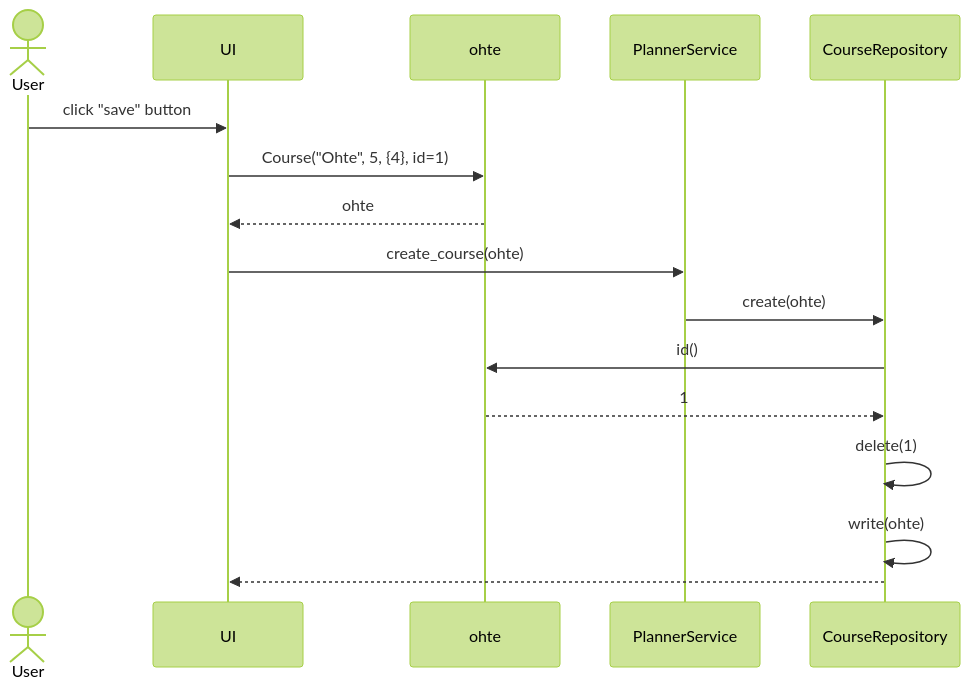
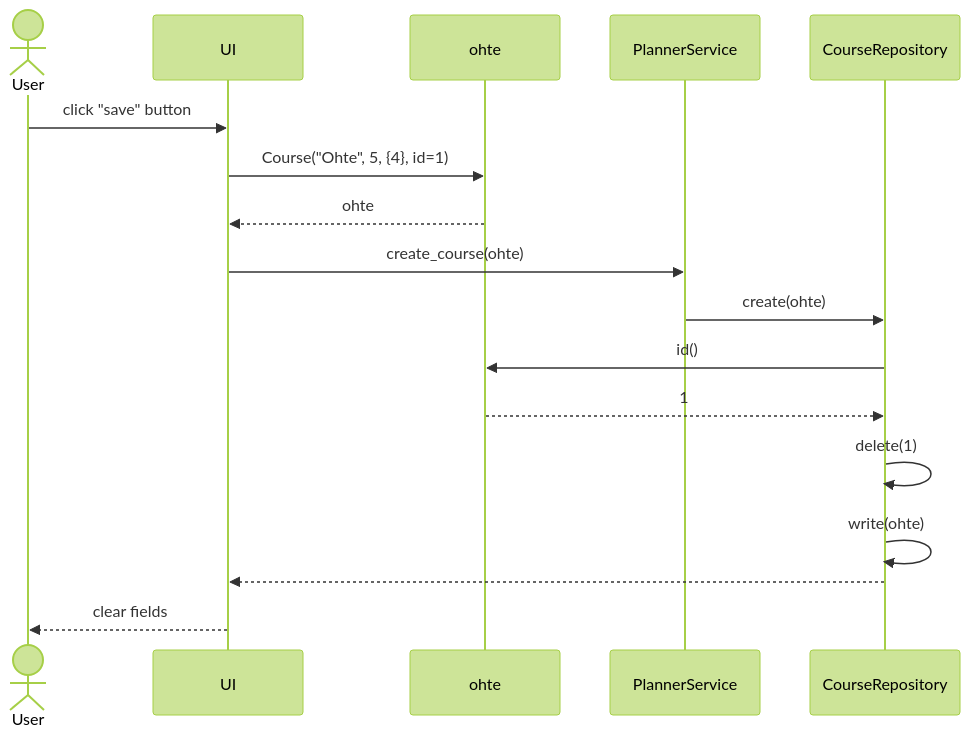
One commit to TheJiahao/ohte-harjoitustyo changed the third of 5 diagrams in dokumentaatio/arkkitehtuuri.md. Above: the diagram before and after it, drawn with Mermaid (forest theme). The commit also changed other lines of this file and 1 other file, not shown here.

````diff
--- a/dokumentaatio/arkkitehtuuri.md
+++ b/dokumentaatio/arkkitehtuuri.md
@@ -59,15 +59,16 @@
 ```mermaid
 sequenceDiagram
 actor User
 
 User ->> UI: click "save" button
 UI ->> ohte: Course("Ohte", 5, {4}, id=1)
 ohte -->> UI: ohte
 UI ->> PlannerService: create_course(ohte)
 PlannerService ->> CourseRepository: create(ohte)
 CourseRepository ->> ohte: id()
 ohte -->> CourseRepository: 1
 CourseRepository ->> CourseRepository: delete(1)
 CourseRepository ->> CourseRepository: write(ohte)
 CourseRepository -->> UI: 
+UI -->> User: clear fields
 ```
````
